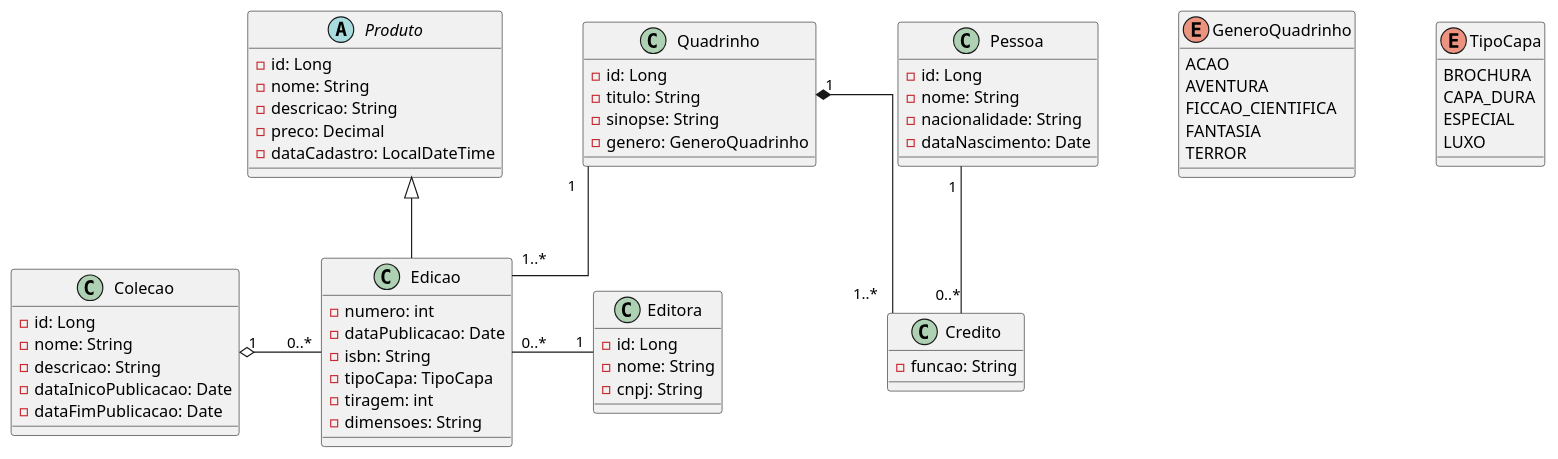
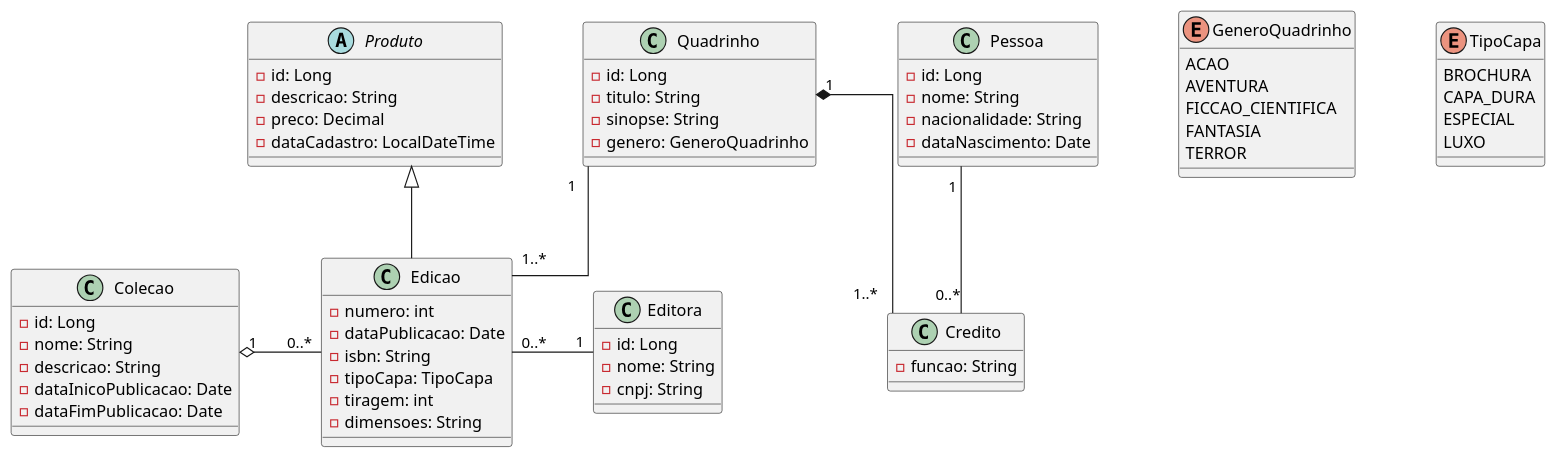
The diagram in classDiagram.plantuml (leonardo-Trex/kuasys), drawn with PlantUML before and after one commit. The commit also changed 9 other files, not shown here.

```diff
--- a/classDiagram.plantuml
+++ b/classDiagram.plantuml
@@ -1,93 +1,92 @@
 @startuml e-commerce
 
 skinparam nodesep 70
 skinparam ranksep 70
 skinparam linetype ortho
 
 ' =====================
 ' ENUMS
 ' =====================
 
 enum GeneroQuadrinho {
   ACAO
   AVENTURA
   FICCAO_CIENTIFICA
   FANTASIA
   TERROR
 }
 
 enum TipoCapa {
   BROCHURA
   CAPA_DURA
   ESPECIAL
   LUXO
 }
 
 ' =====================
 ' CLASSES
 ' =====================
 
 abstract class Produto {
   - id: Long
-  - nome: String
   - descricao: String
   - preco: Decimal
   - dataCadastro: LocalDateTime
 }
 
 class Edicao {
   - numero: int
   - dataPublicacao: Date
   - isbn: String
   - tipoCapa: TipoCapa
   - tiragem: int
   - dimensoes: String
 }
 
 class Quadrinho {
   - id: Long
   - titulo: String
   - sinopse: String
   - genero: GeneroQuadrinho
 }
 
 class Colecao {
   - id: Long
   - nome: String
   - descricao: String
   - dataInicoPublicacao: Date
   - dataFimPublicacao: Date
 }
 
 class Editora {
   - id: Long
   - nome: String
   - cnpj: String
 }
 
 class Pessoa {
   - id: Long
   - nome: String
   - nacionalidade: String
   - dataNascimento: Date
 }
 
 class Credito {
   - funcao: String  
 }
 
 ' =====================
 ' RELACIONAMENTOS
 ' =====================
 
 Produto <|-- Edicao
 
 Quadrinho "1" -down- "1..*" Edicao
 Quadrinho "1" *-- "1..*" Credito
 Pessoa "1" -- "0..*" Credito
 
 Editora "1" -left- "0..*" Edicao
 
 Colecao "1" o-right- "0..*" Edicao
 
 @enduml
```
